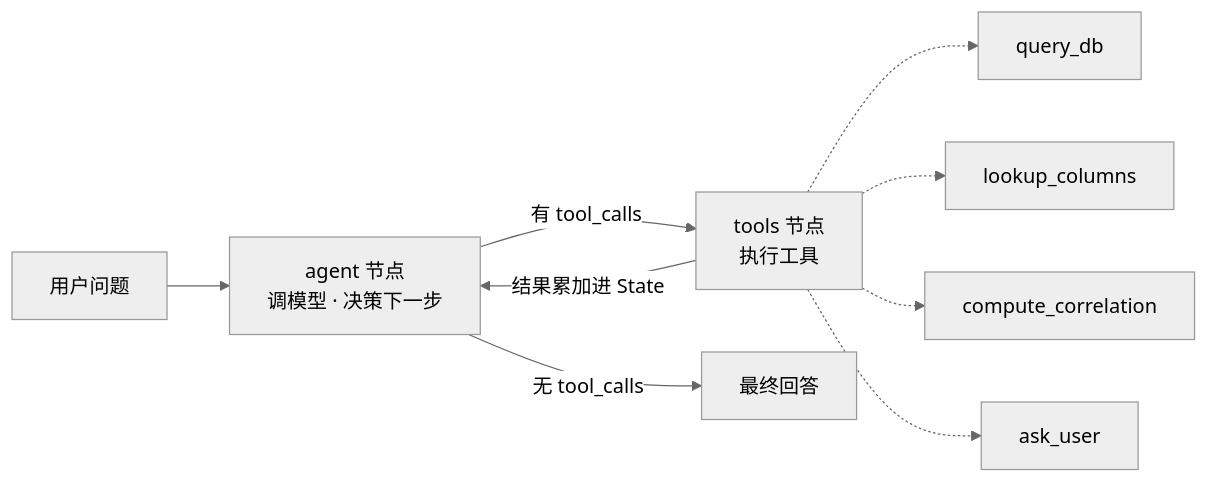
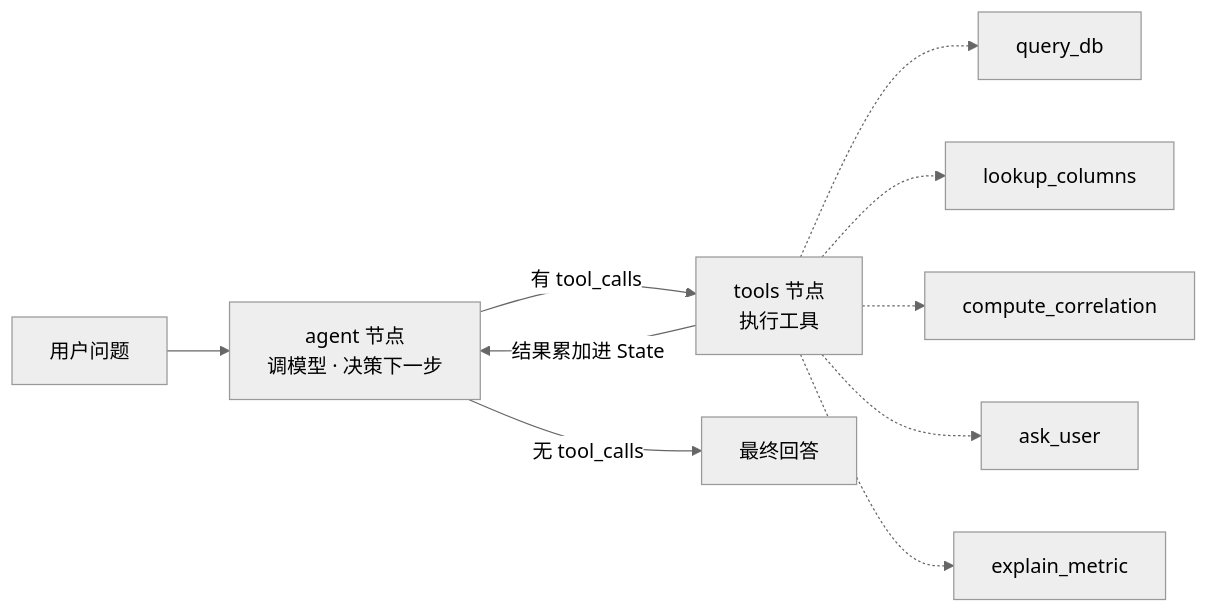
Before and after one commit to arch-fish/chatbi-agent: the diagram in README.md, drawn with Mermaid (neutral theme). The commit also changed other lines of this file and 9 other files, not shown here.

````diff
--- a/README.md
+++ b/README.md
@@ -25,11 +27,12 @@
 ```mermaid
 flowchart LR
     U[用户问题] --> A["agent 节点<br/>调模型 · 决策下一步"]
     A -->|有 tool_calls| T["tools 节点<br/>执行工具"]
     A -->|无 tool_calls| E[最终回答]
     T -->|结果累加进 State| A
     T -.-> Q1[query_db]
     T -.-> Q2[lookup_columns]
     T -.-> Q3[compute_correlation]
     T -.-> Q4[ask_user]
+    T -.-> Q5[explain_metric]
 ```
````
